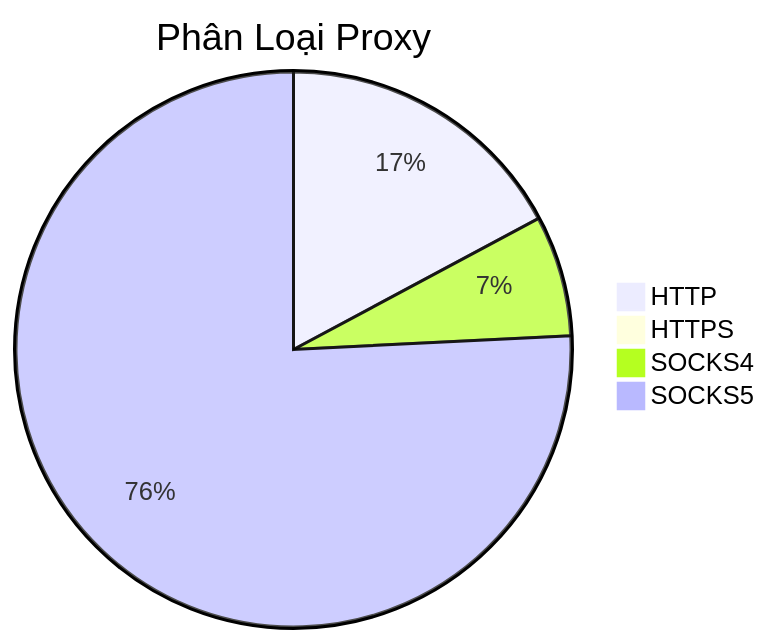
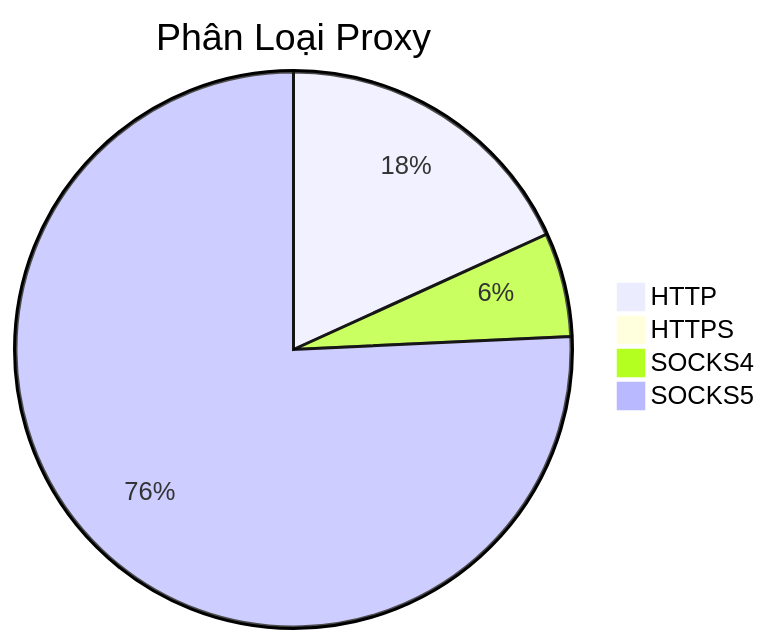
The diagram in README.md (Ciara-Aa/PROXY-free), drawn with Mermaid before and after one commit. The commit also changed other lines of this file and 4 other files, not shown here.

````diff
--- a/README.md
+++ b/README.md
@@ -26,7 +26,7 @@
 ```mermaid
 pie title Phân Loại Proxy
-    "HTTP" : 646
-    "HTTPS" : 2
-    "SOCKS4" : 264
-    "SOCKS5" : 2849
+    "HTTP" : 760
+    "HTTPS" : 1
+    "SOCKS4" : 253
+    "SOCKS5" : 3163
 ```
````
